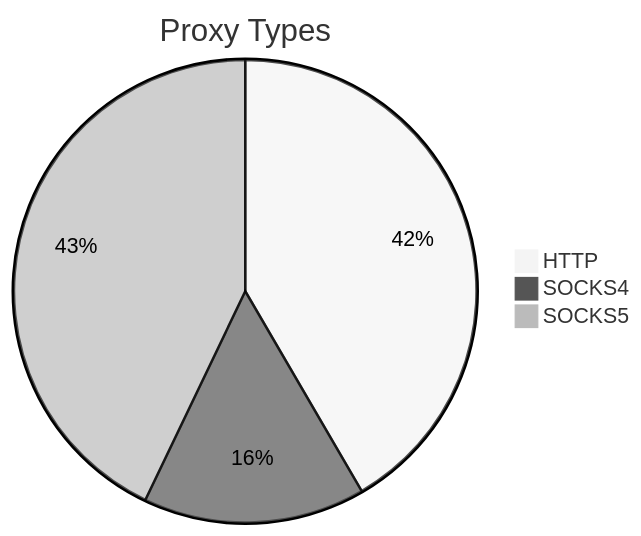
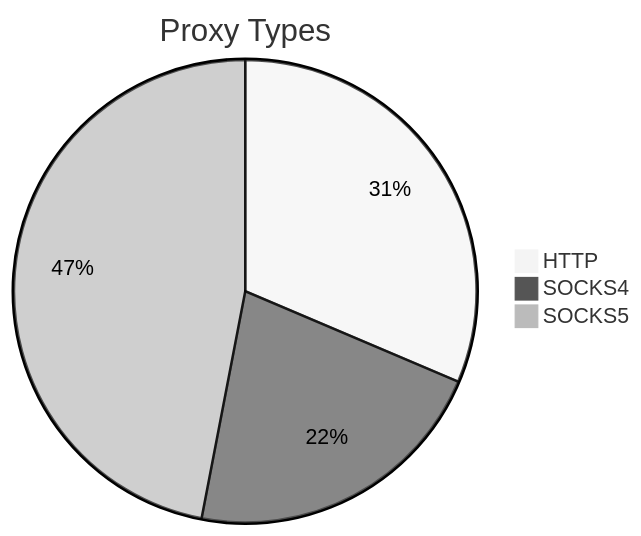
Before and after one commit to stormsia/proxy-list: the first of 2 diagrams in README.md, drawn with Mermaid (neutral theme). The commit also changed other lines of this file, not shown here.

````diff
--- a/README.md
+++ b/README.md
@@ -21,6 +21,6 @@
 ```mermaid
 pie title Proxy Types
-    "HTTP" : 161
-    "SOCKS4" : 60
-    "SOCKS5" : 166
+    "HTTP" : 135
+    "SOCKS4" : 93
+    "SOCKS5" : 202
 ```
````
